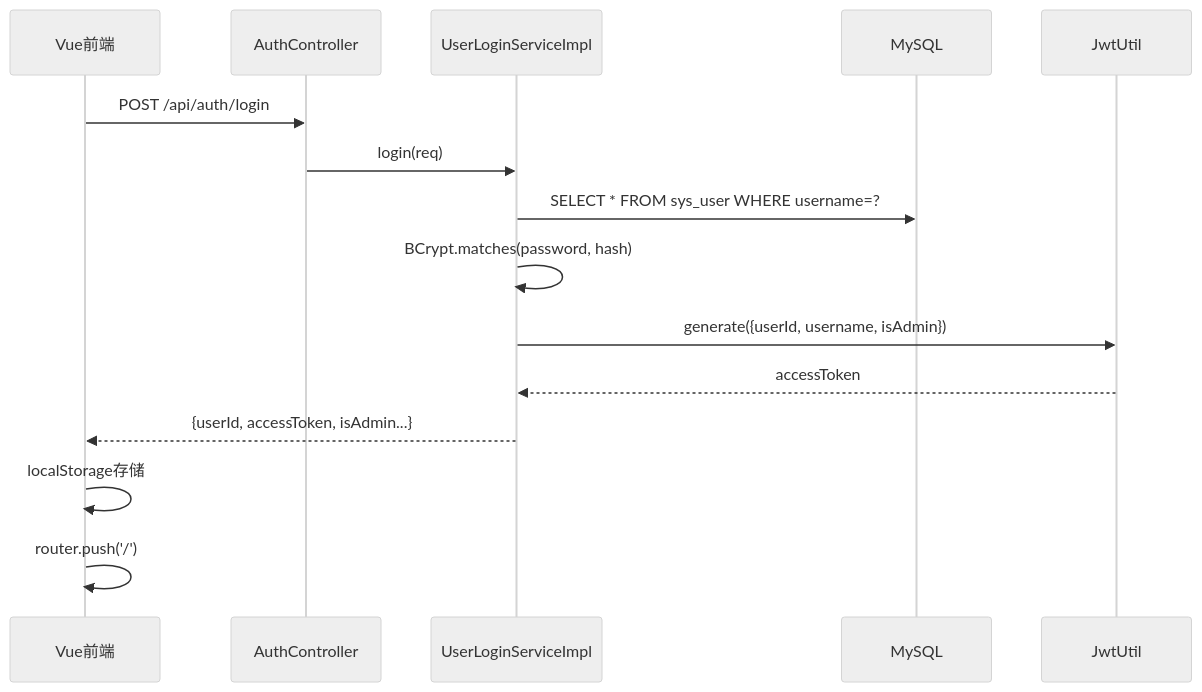
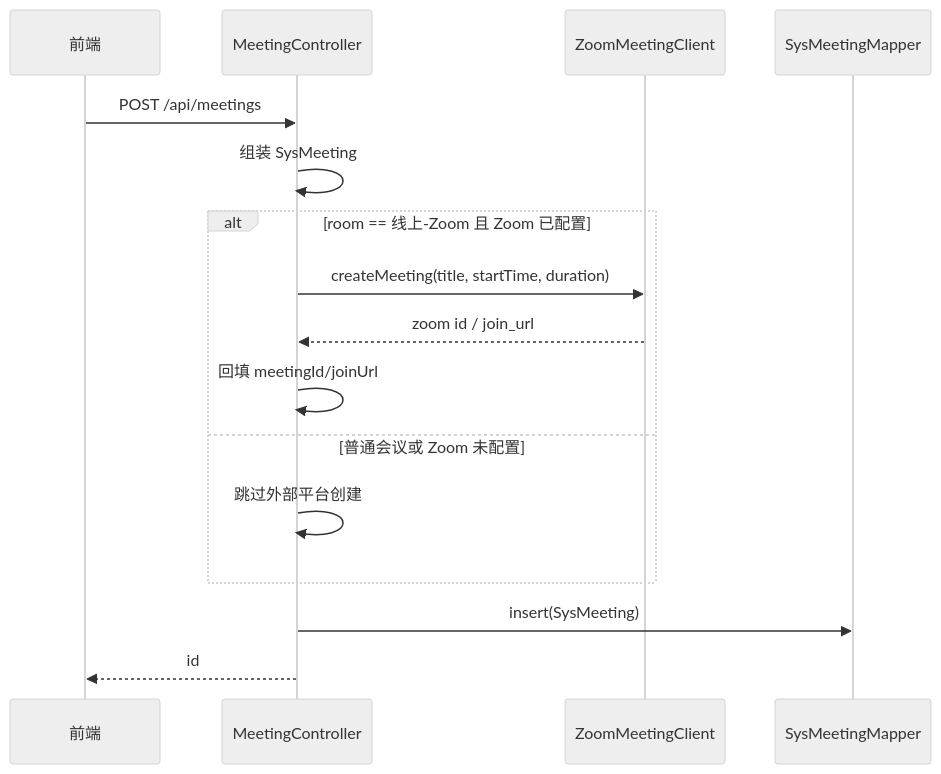
The sixth of 12 diagrams in docs/collaboration-service-code-analysis.md (ZjlShenshiqing/EnterpriseKnowledgeWorkspace), drawn with Mermaid (neutral theme) before and after one commit. The commit also changed other lines of this file and 26 other files, not shown here.

````diff
--- a/docs/collaboration-service-code-analysis.md
+++ b/docs/collaboration-service-code-analysis.md
@@ -243,18 +331,19 @@
 ```mermaid
 sequenceDiagram
-    participant FE as Vue前端
-    participant CTL as AuthController
-    participant SVC as UserLoginServiceImpl
-    participant DB as MySQL
-    participant JWT as JwtUtil
+    participant FE as 前端
+    participant CTL as MeetingController
+    participant Z as ZoomMeetingClient
+    participant DB as SysMeetingMapper
 
-    FE->>CTL: POST /api/auth/login
-    CTL->>SVC: login(req)
-    SVC->>DB: SELECT * FROM sys_user WHERE username=?
-    SVC->>SVC: BCrypt.matches(password, hash)
-    SVC->>JWT: generate({userId, username, isAdmin})
-    JWT-->>SVC: accessToken
-    SVC-->>FE: {userId, accessToken, isAdmin...}
-    FE->>FE: localStorage存储
-    FE->>FE: router.push('/')
+    FE->>CTL: POST /api/meetings
+    CTL->>CTL: 组装 SysMeeting
+    alt room == 线上-Zoom 且 Zoom 已配置
+        CTL->>Z: createMeeting(title, startTime, duration)
+        Z-->>CTL: zoom id / join_url
+        CTL->>CTL: 回填 meetingId/joinUrl
+    else 普通会议或 Zoom 未配置
+        CTL->>CTL: 跳过外部平台创建
+    end
+    CTL->>DB: insert(SysMeeting)
+    CTL-->>FE: id
 ```
````
